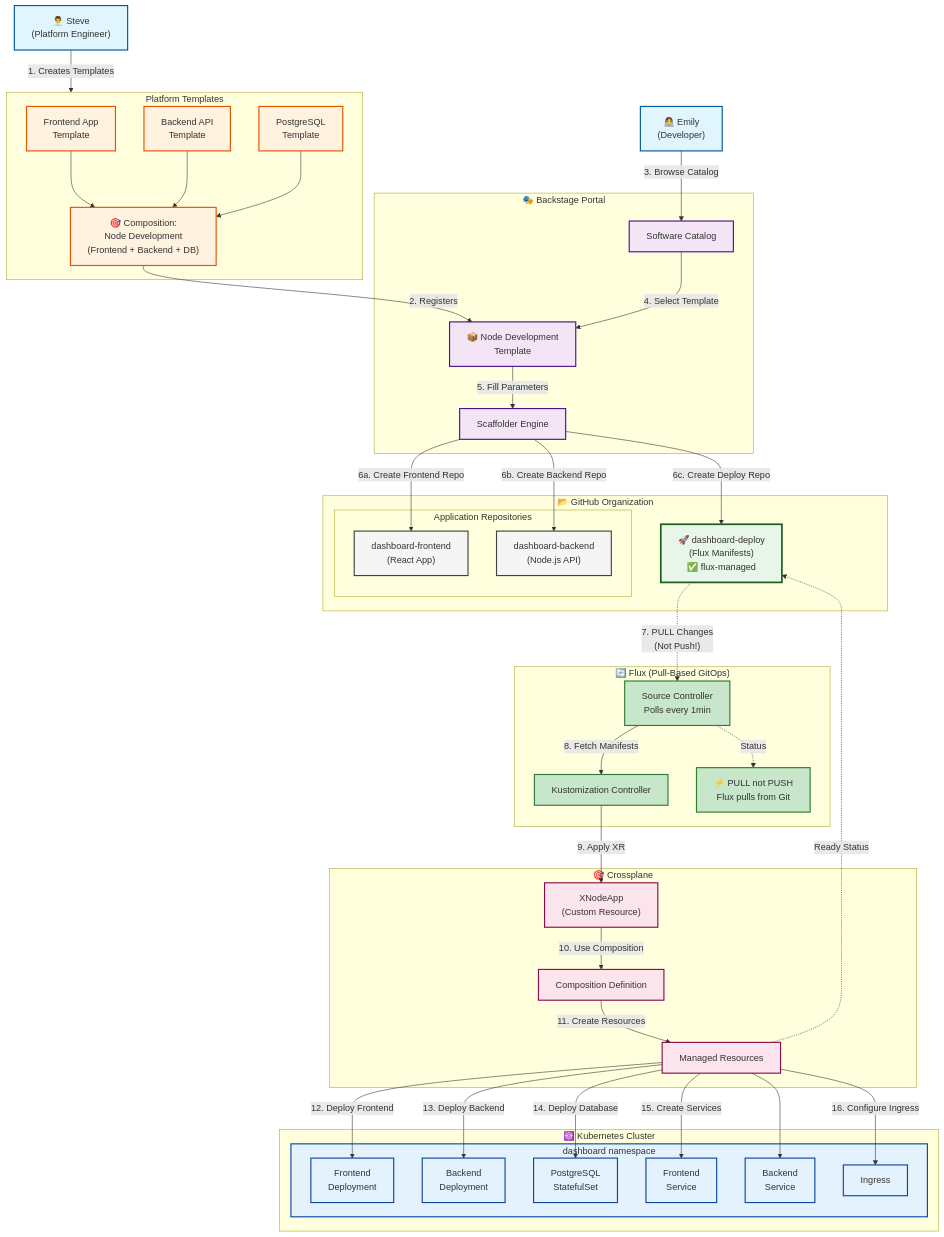
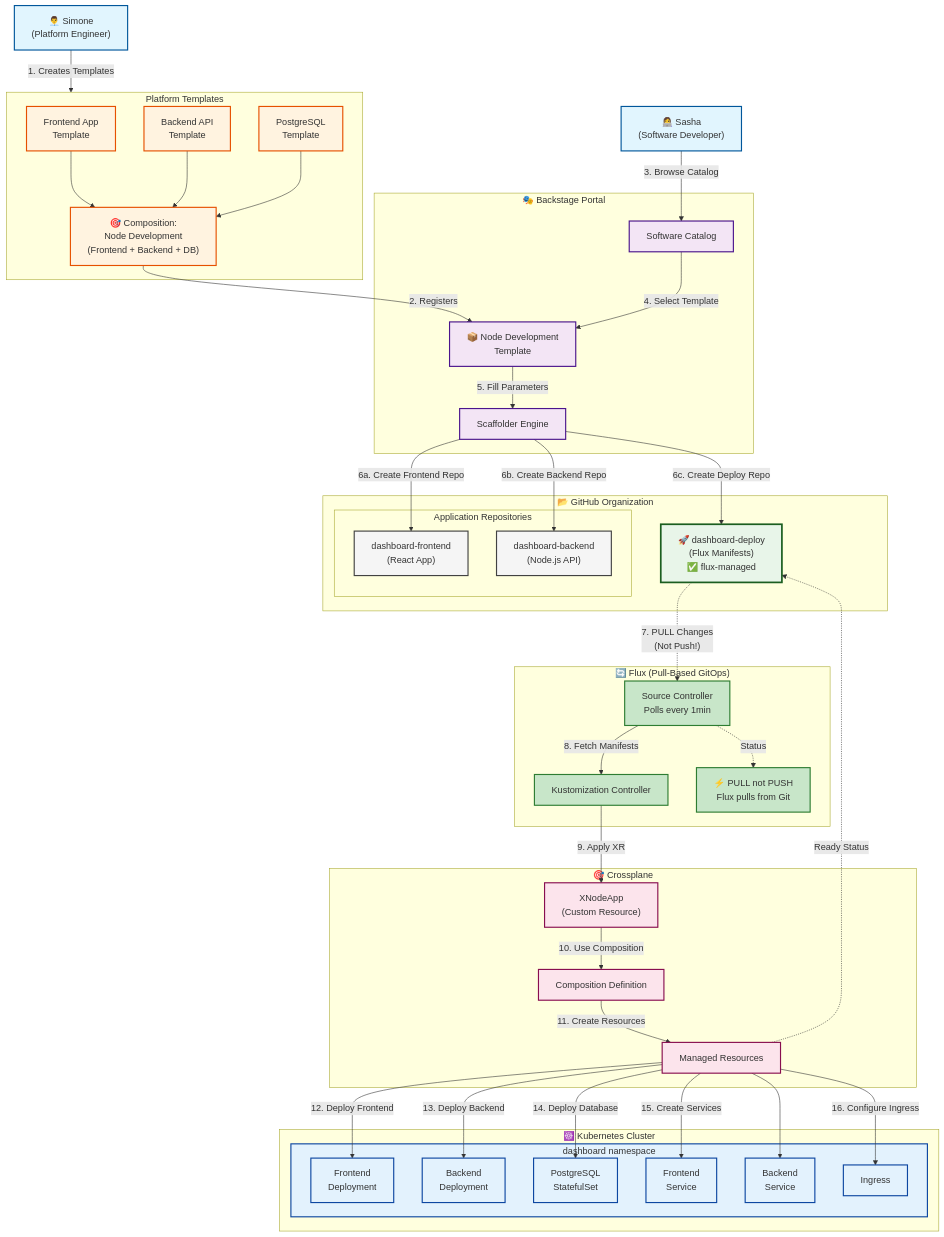
The diagram in docs/architecture/gitops-workflow-diagram.md (open-service-portal/portal-workspace), drawn with Mermaid before and after one commit. The commit also changed other lines of this file, not shown here.

First line of the commit message:
docs: update to use GitLab's documented personas

````diff
--- a/docs/architecture/gitops-workflow-diagram.md
+++ b/docs/architecture/gitops-workflow-diagram.md
@@ -9,8 +9,9 @@
 ```mermaid
 graph TB
-    %% Actors
-    Emily["👩‍💻 Emily<br/>(Developer)"]
-    Steve["👨‍💼 Steve<br/>(Platform Engineer)"]
+    %% Actors - Using GitLab Personas
+    %% https://handbook.gitlab.com/handbook/product/personas/
+    Sasha["👩‍💻 Sasha<br/>(Software Developer)"]
+    Simone["👨‍💼 Simone<br/>(Platform Engineer)"]
     
     %% Backstage Layer
     subgraph Backstage["🎭 Backstage Portal"]
@@ -63,15 +64,15 @@
         end
     end
     
-    %% Steve's Flow (Platform Engineering)
-    Steve -->|"1. Creates Templates"| Templates
+    %% Simone's Flow (Platform Engineering)
+    Simone -->|"1. Creates Templates"| Templates
     FrontendTpl --> Composition
     BackendTpl --> Composition
     PostgresTpl --> Composition
     Composition -->|"2. Registers"| NodeTemplate
     
-    %% Emily's Flow (Developer Experience)
-    Emily -->|"3. Browse Catalog"| Catalog
+    %% Sasha's Flow (Developer Experience)
+    Sasha -->|"3. Browse Catalog"| Catalog
     Catalog -->|"4. Select Template"| NodeTemplate
     NodeTemplate -->|"5. Fill Parameters"| Scaffolder
     Scaffolder -->|"6a. Create Frontend Repo"| FrontendRepo
@@ -107,7 +108,7 @@
     classDef crossplane fill:#fce4ec,stroke:#880e4f,stroke-width:2px
     classDef k8s fill:#e3f2fd,stroke:#0d47a1,stroke-width:2px
     
-    class Emily,Steve actor
+    class Sasha,Simone actor
     class Catalog,Scaffolder,NodeTemplate backstage
     class FrontendTpl,BackendTpl,PostgresTpl,Composition template
     class FrontendRepo,BackendRepo repo
````
